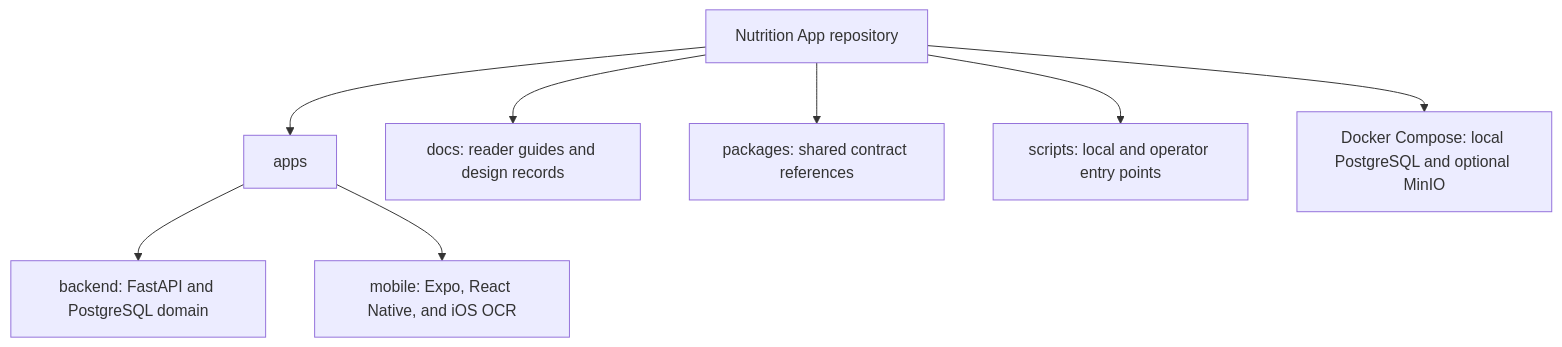
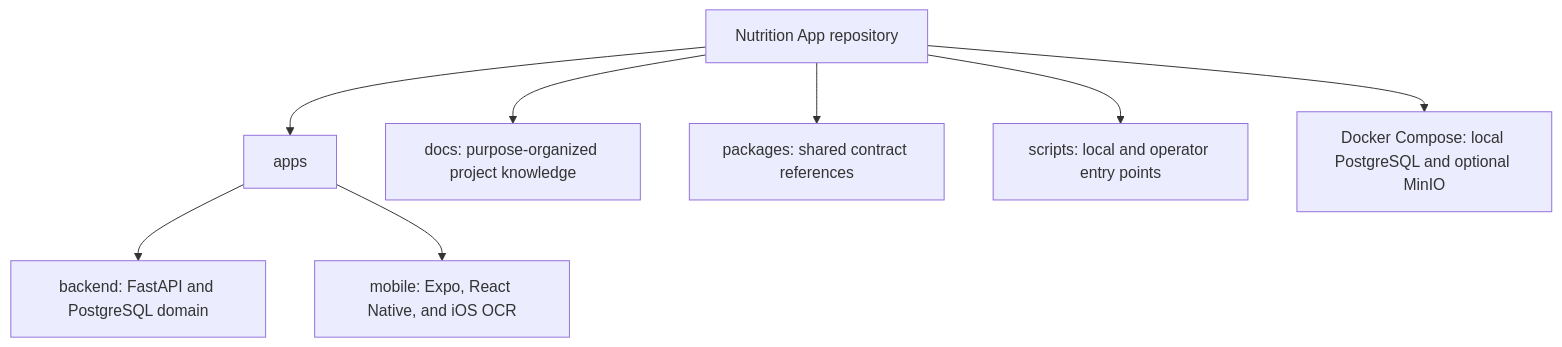
Before and after one commit to MitCaine/Nutrition-App: the first of 2 diagrams in README.md, drawn with Mermaid. The commit also changed other lines of this file and 93 other files, not shown here.

Commit message:
Updated doc scope and flow

````diff
--- a/README.md
+++ b/README.md
@@ -16,10 +16,10 @@
 ```mermaid
 flowchart TD
     Repo["Nutrition App repository"] --> Apps["apps"]
     Apps --> Backend["backend: FastAPI and PostgreSQL domain"]
     Apps --> Mobile["mobile: Expo, React Native, and iOS OCR"]
-    Repo --> Docs["docs: reader guides and design records"]
+    Repo --> Docs["docs: purpose-organized project knowledge"]
     Repo --> Packages["packages: shared contract references"]
     Repo --> Scripts["scripts: local and operator entry points"]
     Repo --> Compose["Docker Compose: local PostgreSQL and optional MinIO"]
 ```
````
